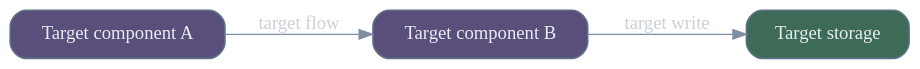
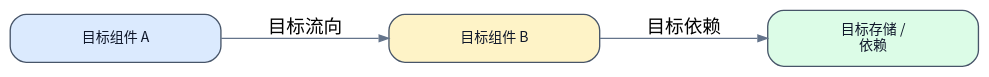
One commit to terencefan/inority-workspace changed the second of 3 diagrams in skills/runbook/references/runbook-template.md. Above: the diagram before and after it, drawn with Graphviz. The commit also changed other lines of this file and 56 other files, not shown here.

````diff
--- a/skills/runbook/references/runbook-template.md
+++ b/skills/runbook/references/runbook-template.md
@@ -31,14 +49,14 @@
 ```dot
 digraph target {
-  rankdir=LR;
-  graph [bgcolor="transparent", pad="0.2", nodesep="0.35", ranksep="0.45"];
-  node [shape=box, style="rounded,filled", color="#5D7086", fontcolor="#E6EDF3", penwidth=1.2];
-  edge [color="#7F8FA3", fontcolor="#C9D1D9"];
+  graph [rankdir=LR, bgcolor="transparent", pad="0.45", nodesep="0.7", ranksep="0.95", fontname="Noto Sans CJK SC"];
+  node [shape=box, style="rounded,filled", margin="0.18,0.12", width="2.2", fontname="Noto Sans CJK SC", fontsize=10.5, color="#475569", fontcolor="#0f172a"];
+  edge [color="#64748b", arrowsize="0.7"];
 
-  node_a [label="Target component A", fillcolor="#5A4F7A"];
-  node_b [label="Target component B", fillcolor="#5A4F7A"];
-  node_c [label="Target storage", fillcolor="#3E6B57"];
-  node_a -> node_b [label="target flow"];
-  node_b -> node_c [label="target write"];
+  node_a [label="目标组件 A", fillcolor="#dbeafe"];
+  node_b [label="目标组件 B", fillcolor="#fef3c7"];
+  node_c [label="目标存储 /\n依赖", fillcolor="#dcfce7"];
+
+  node_a -> node_b [label="目标流向"];
+  node_b -> node_c [label="目标依赖"];
 }
 ```
````
